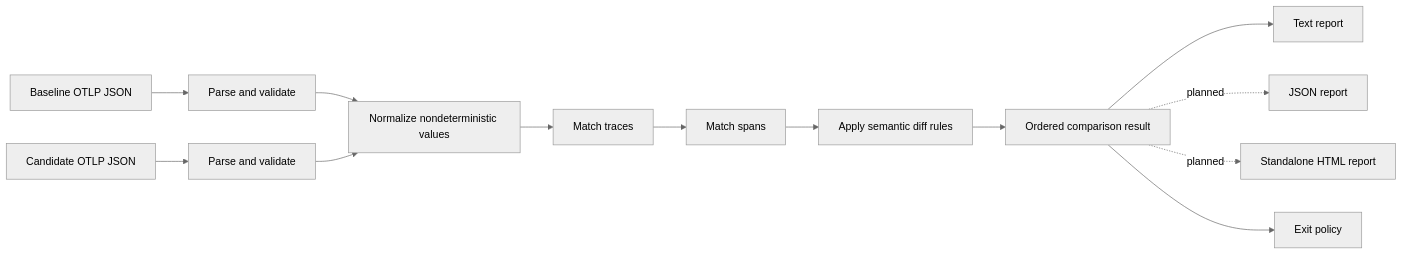
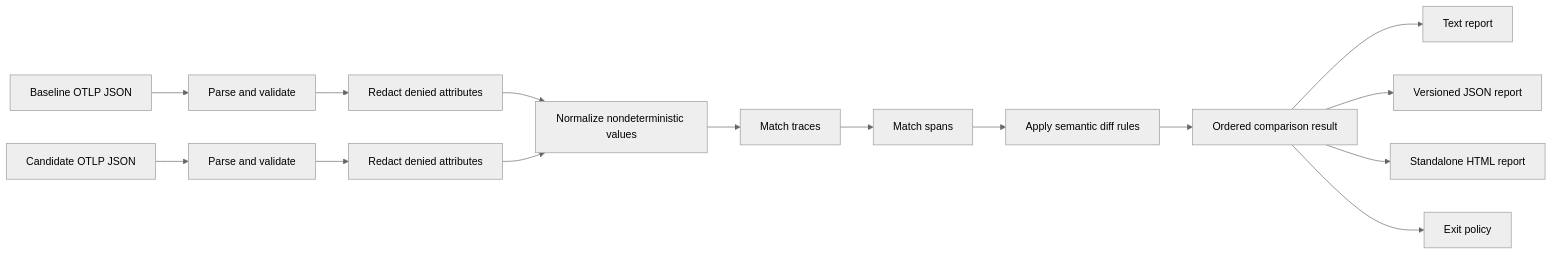
Before and after one commit to ArinF1/TraceDelta: the diagram in docs/architecture.md, drawn with Mermaid (neutral theme). The commit also changed other lines of this file and 61 other files, not shown here.

````diff
--- a/docs/architecture.md
+++ b/docs/architecture.md
@@ -19,15 +19,17 @@
 ```mermaid
 flowchart LR
     B["Baseline OTLP JSON"] --> PB["Parse and validate"]
     C["Candidate OTLP JSON"] --> PC["Parse and validate"]
-    PB --> N["Normalize nondeterministic values"]
-    PC --> N
+    PB --> RB["Redact denied attributes"]
+    PC --> RC["Redact denied attributes"]
+    RB --> N["Normalize nondeterministic values"]
+    RC --> N
     N --> T["Match traces"]
     T --> S["Match spans"]
     S --> D["Apply semantic diff rules"]
     D --> R["Ordered comparison result"]
     R --> TX["Text report"]
-    R -. planned .-> JS["JSON report"]
-    R -. planned .-> HT["Standalone HTML report"]
+    R --> JS["Versioned JSON report"]
+    R --> HT["Standalone HTML report"]
     R --> E["Exit policy"]
 ```
````
